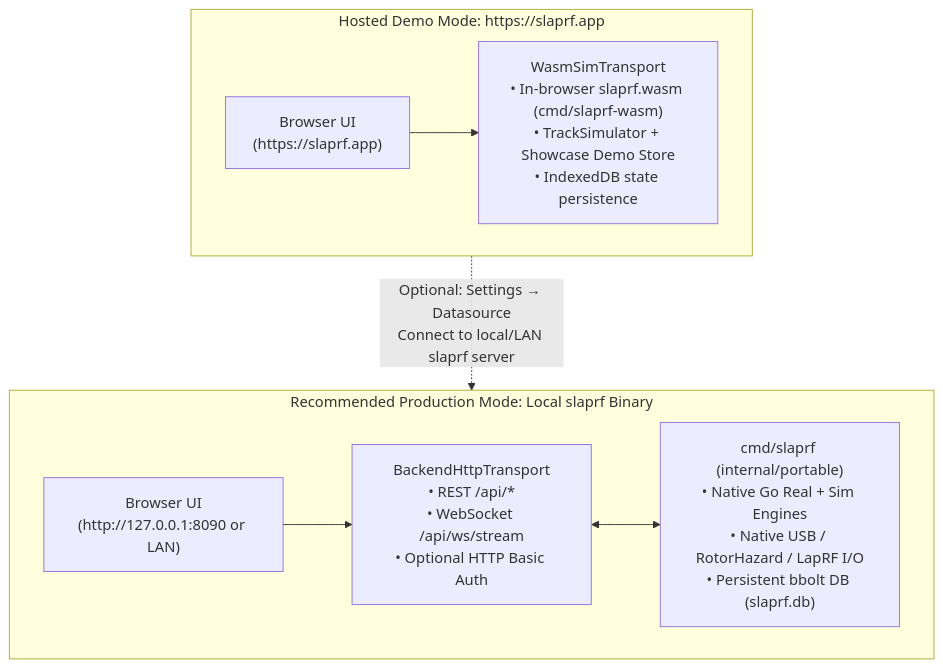
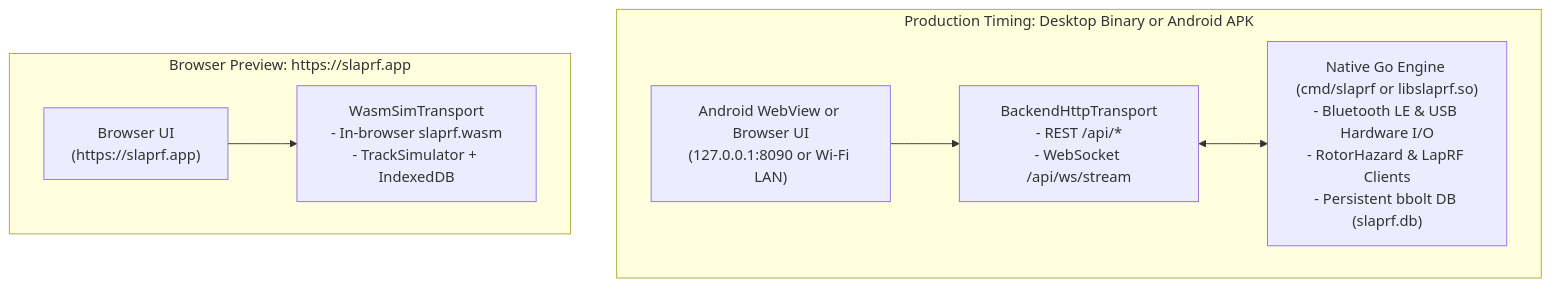
The sixth of 6 diagrams in docs/ARCHITECTURE.md (kaack/SlapRF), drawn with Mermaid before and after one commit. The commit also changed other lines of this file and 19 other files, not shown here.

Commit message:
docs,ci,e2e: document Bluetooth Hub-and-Spoke mode, Android APK, and prepare v0.0.7 release

````diff
--- a/docs/ARCHITECTURE.md
+++ b/docs/ARCHITECTURE.md
@@ -325,19 +350,17 @@
 ```mermaid
 flowchart TB
-    subgraph Prod["Recommended Production Mode: Local slaprf Binary"]
+    subgraph Local["Production Timing: Desktop Binary or Android APK"]
         direction LR
-        UI1["Browser UI\n(http://127.0.0.1:8090 or LAN)"]
-        BHT["BackendHttpTransport\n• REST /api/*\n• WebSocket /api/ws/stream\n• Optional HTTP Basic Auth"]
-        GoSrv["cmd/slaprf (internal/portable)\n• Native Go Real + Sim Engines\n• Native USB / RotorHazard / LapRF I/O\n• Persistent bbolt DB (slaprf.db)"]
+        UI1["Android WebView or Browser UI\n(127.0.0.1:8090 or Wi-Fi LAN)"]
+        BHT["BackendHttpTransport\n- REST /api/*\n- WebSocket /api/ws/stream"]
+        GoSrv["Native Go Engine (cmd/slaprf or libslaprf.so)\n- Bluetooth LE & USB Hardware I/O\n- RotorHazard & LapRF Clients\n- Persistent bbolt DB (slaprf.db)"]
         UI1 --> BHT <--> GoSrv
     end
 
-    subgraph BrowserDemo["Hosted Demo Mode: https://slaprf.app"]
+    subgraph Demo["Browser Preview: https://slaprf.app"]
         direction LR
         UI2["Browser UI\n(https://slaprf.app)"]
-        WST["WasmSimTransport\n• In-browser slaprf.wasm (cmd/slaprf-wasm)\n• TrackSimulator + Showcase Demo Store\n• IndexedDB state persistence"]
+        WST["WasmSimTransport\n- In-browser slaprf.wasm\n- TrackSimulator + IndexedDB"]
         UI2 --> WST
     end
-
-    UI2 -. "Optional: Settings → Datasource\nConnect to local/LAN slaprf server" .-> GoSrv
 ```
````
